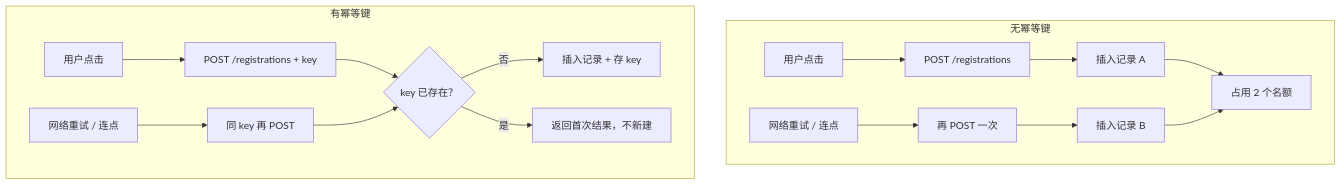
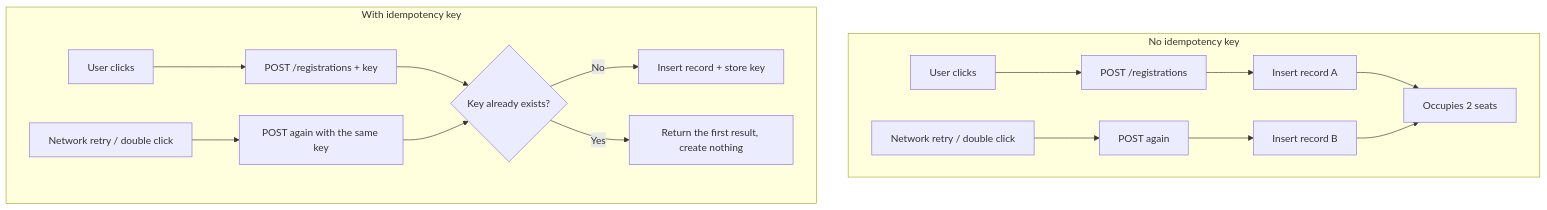
The first of 2 diagrams in phase2/chapters/ch06-constraints.md (xzlxiao/vibe-coding-textbook), drawn with Mermaid before and after one commit. The commit also changed other lines of this file and 15 other files, not shown here.

````diff
--- a/phase2/chapters/ch06-constraints.md
+++ b/phase2/chapters/ch06-constraints.md
@@ -85,19 +85,19 @@
 ```mermaid
 flowchart TB
-    subgraph NO["无幂等键"]
-        N1["用户点击"] --> N2["POST /registrations"]
-        N3["网络重试 / 连点"] --> N4["再 POST 一次"]
-        N2 --> N5["插入记录 A"]
-        N4 --> N6["插入记录 B"]
-        N5 --> N7["占用 2 个名额"]
+    subgraph NO["No idempotency key"]
+        N1["User clicks"] --> N2["POST /registrations"]
+        N3["Network retry / double click"] --> N4["POST again"]
+        N2 --> N5["Insert record A"]
+        N4 --> N6["Insert record B"]
+        N5 --> N7["Occupies 2 seats"]
         N6 --> N7
     end
-    subgraph YES["有幂等键"]
-        Y1["用户点击"] --> Y2["POST /registrations + key"]
-        Y3["网络重试 / 连点"] --> Y4["同 key 再 POST"]
-        Y2 --> Y5{"key 已存在？"}
+    subgraph YES["With idempotency key"]
+        Y1["User clicks"] --> Y2["POST /registrations + key"]
+        Y3["Network retry / double click"] --> Y4["POST again with the same key"]
+        Y2 --> Y5{"Key already exists?"}
         Y4 --> Y5
-        Y5 -->|"否"| Y6["插入记录 + 存 key"]
-        Y5 -->|"是"| Y7["返回首次结果，不新建"]
+        Y5 -->|"No"| Y6["Insert record + store key"]
+        Y5 -->|"Yes"| Y7["Return the first result, create nothing"]
     end
 ```
````
